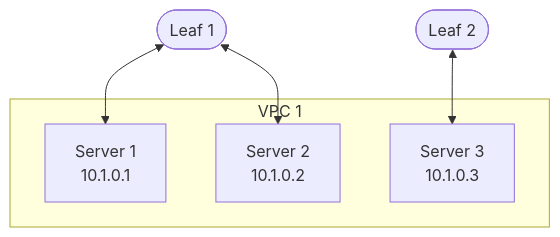
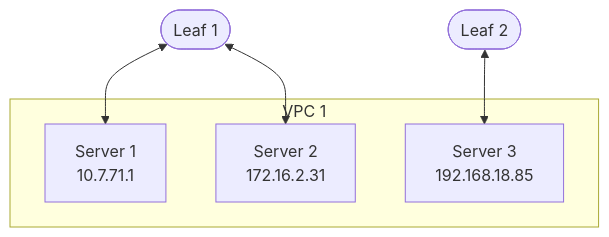
The first of 5 diagrams in docs/install-upgrade/build-wiring.md (githedgehog/docs), drawn with Mermaid before and after one commit. The commit also changed other lines of this file, not shown here.

Commit message:
intentionally werid ip addresses

````diff
--- a/docs/install-upgrade/build-wiring.md
+++ b/docs/install-upgrade/build-wiring.md
@@ -88,21 +88,21 @@
 ``` mermaid
 graph TD
     L1([Leaf 1])
     L2([Leaf 2])
     S1["Server 1
-      10.1.0.1"]
+      10.7.71.1"]
     S2["Server 2
-      10.1.0.2"]
+      172.16.2.31"]
     S3["Server 3
-       10.1.0.3"]
+       192.168.18.85"]
 
     L1 <--> S1
     L1 <--> S2
     L2 <--> S3
 
     subgraph VPC 1
     S1
     S2
     S3
     end
 ```
````
